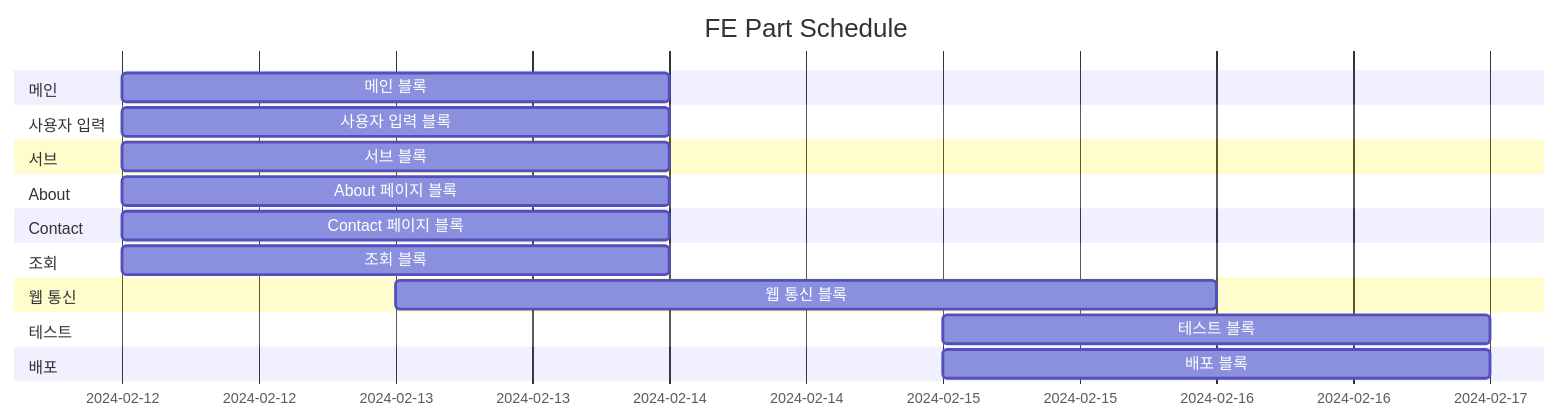
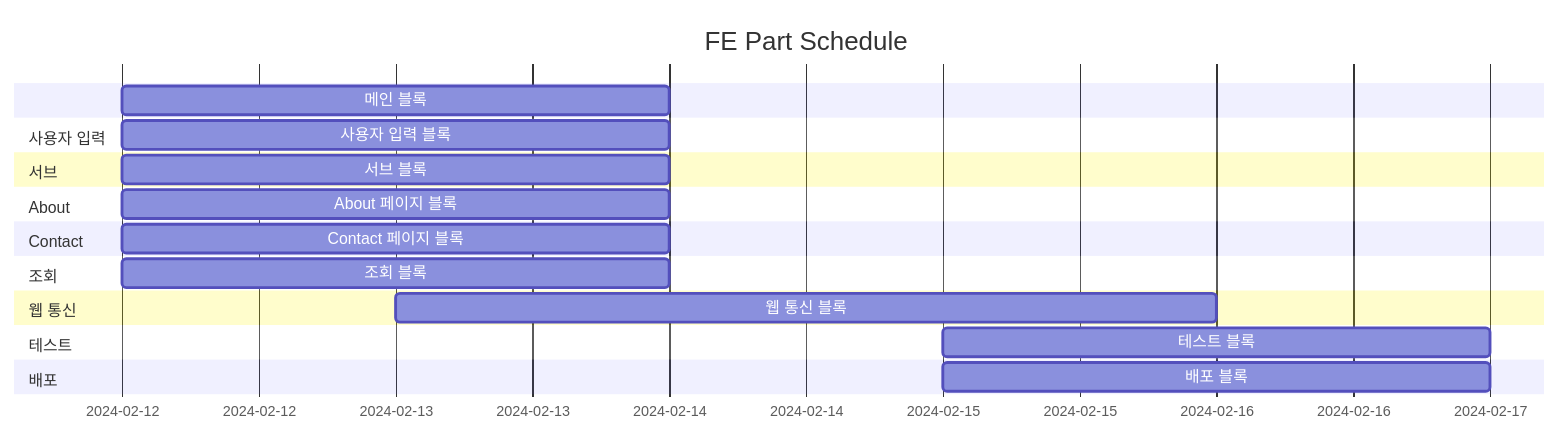
One commit to TheRealParkJoohyung/product-pricing changed the second of 2 diagrams in README.md. Above: the diagram before and after it, drawn with Mermaid.

````diff
--- a/README.md
+++ b/README.md
@@ -61,23 +61,22 @@
 ```mermaid
 gantt
     title FE Part Schedule
     dateFormat YYYY-MM-DD
-    section 메인
-        메인 블록 :2024-02-12, 2d
+    메인 블록 :2024-02-12, 2d
     section 사용자 입력
         사용자 입력 블록 :2024-02-12, 2d
     section 서브
         서브 블록 :2024-02-12, 2d
     section About
         About 페이지 블록 :2024-02-12, 2d
     section Contact
         Contact 페이지 블록 :2024-02-12, 2d
     section 조회
         조회 블록 :2024-02-12, 2d
     section 웹 통신
         웹 통신 블록 :2024-02-13, 3d
     section 테스트
         테스트 블록 :2024-02-15, 2d
     section 배포
         배포 블록 :2024-02-15, 2d
 ```
````
